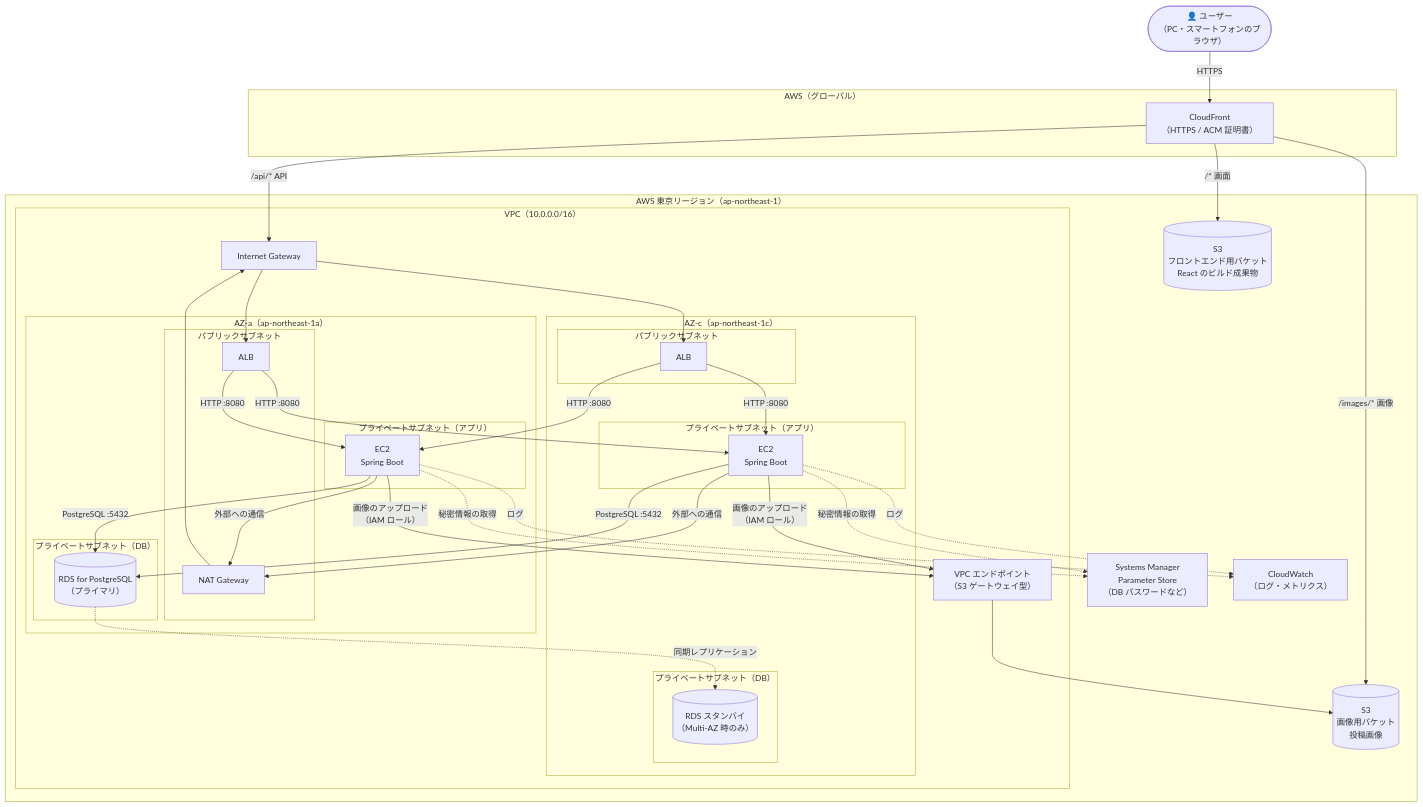
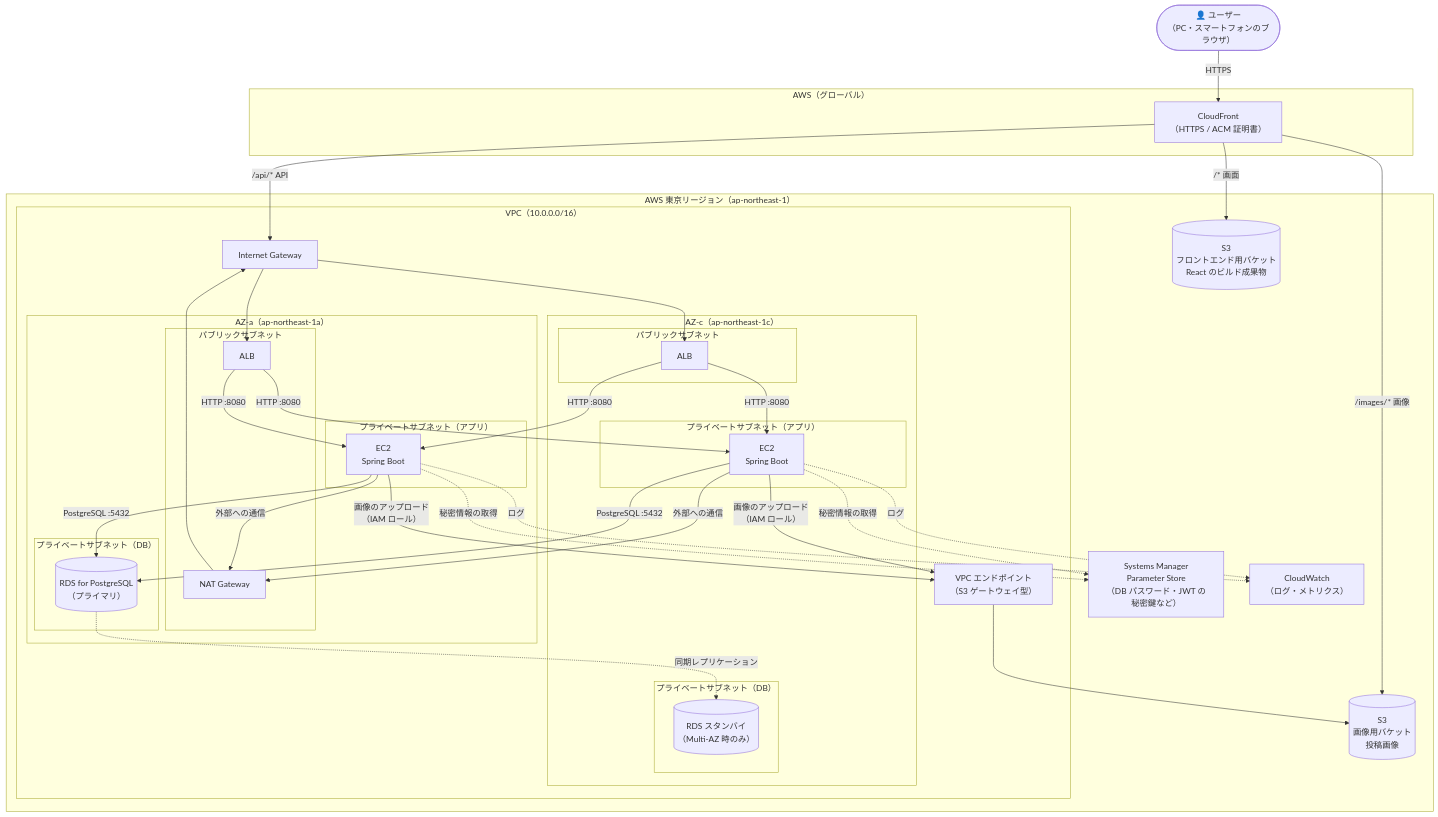
The diagram in docs/インフラ構成図.md (takeuchikoutagg/RaiseTime-Line), drawn with Mermaid before and after one commit. The commit also changed other lines of this file and 38 other files, not shown here.

````diff
--- a/docs/インフラ構成図.md
+++ b/docs/インフラ構成図.md
@@ -10,59 +10,59 @@
 ```mermaid
 flowchart TB
     User(["👤 ユーザー<br/>（PC・スマートフォンのブラウザ）"])
 
     subgraph Global["AWS（グローバル）"]
         CF["CloudFront<br/>（HTTPS / ACM 証明書）"]
     end
 
     subgraph Region["AWS 東京リージョン（ap-northeast-1）"]
         S3Front[("S3<br/>フロントエンド用バケット<br/>React のビルド成果物")]
         S3Img[("S3<br/>画像用バケット<br/>投稿画像")]
 
         subgraph VPC["VPC（10.0.0.0/16）"]
             IGW["Internet Gateway"]
             S3EP["VPC エンドポイント<br/>（S3 ゲートウェイ型）"]
 
             subgraph AZa["AZ-a（ap-northeast-1a）"]
                 subgraph PubA["パブリックサブネット"]
                     ALBa["ALB"]
                     NAT["NAT Gateway"]
                 end
                 subgraph AppA["プライベートサブネット（アプリ）"]
                     EC2a["EC2<br/>Spring Boot"]
                 end
                 subgraph DbA["プライベートサブネット（DB）"]
                     RDS[("RDS for PostgreSQL<br/>（プライマリ）")]
                 end
             end
 
             subgraph AZc["AZ-c（ap-northeast-1c）"]
                 subgraph PubC["パブリックサブネット"]
                     ALBc["ALB"]
                 end
                 subgraph AppC["プライベートサブネット（アプリ）"]
                     EC2c["EC2<br/>Spring Boot"]
                 end
                 subgraph DbC["プライベートサブネット（DB）"]
                     RDSs[("RDS スタンバイ<br/>（Multi-AZ 時のみ）")]
                 end
             end
         end
 
-        SSM["Systems Manager<br/>Parameter Store<br/>（DB パスワードなど）"]
+        SSM["Systems Manager<br/>Parameter Store<br/>（DB パスワード・JWT の秘密鍵など）"]
         CW["CloudWatch<br/>（ログ・メトリクス）"]
     end
 
     User -- "HTTPS" --> CF
     CF -- "/* 画面" --> S3Front
     CF -- "/images/* 画像" --> S3Img
     CF -- "/api/* API" --> IGW
     IGW --> ALBa & ALBc
     ALBa & ALBc -- "HTTP :8080" --> EC2a & EC2c
     EC2a & EC2c -- "PostgreSQL :5432" --> RDS
     RDS -. "同期レプリケーション" .-> RDSs
     EC2a & EC2c -- "画像のアップロード<br/>（IAM ロール）" --> S3EP --> S3Img
     EC2a & EC2c -- "外部への通信" --> NAT --> IGW
     EC2a & EC2c -. "秘密情報の取得" .-> SSM
     EC2a & EC2c -. "ログ" .-> CW
 ```
````
